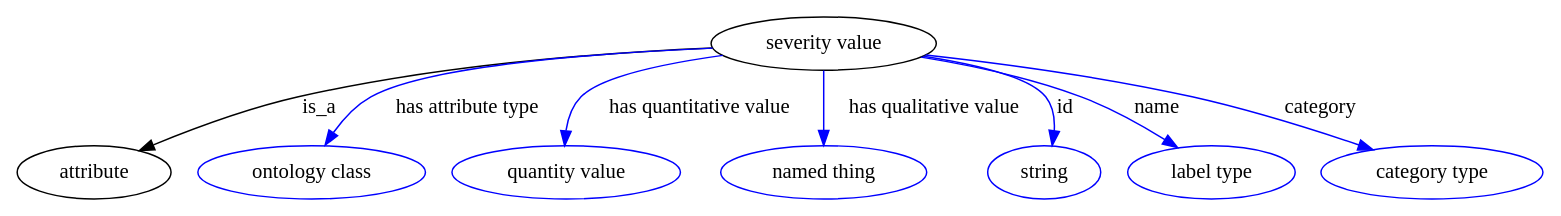
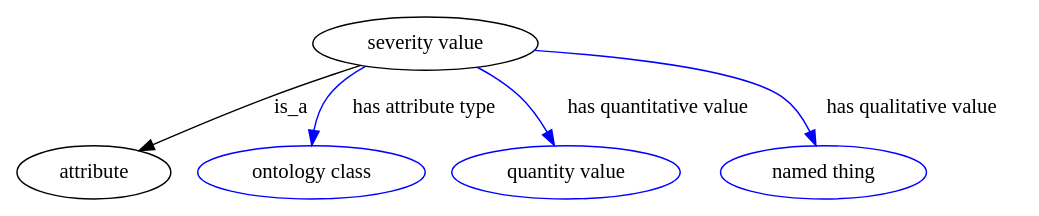
One commit to biolink/biolink-model changed the diagram in graphviz/severity_value.gv. Above: the diagram before and after it, drawn with Graphviz. The commit also changed 134 other files, not shown here.

```diff
--- a/graphviz/severity_value.gv
+++ b/graphviz/severity_value.gv
@@ -1,74 +1,44 @@
 digraph {
-	graph [bb="0,0,832.79,123"];
+	graph [bb="0,0,533.3,123"];
 	node [label="\N"];
 	"severity value"	 [height=0.5,
 		label="severity value",
-		pos="439.3,105",
+		pos="226.3,105",
 		width=1.661];
 	attribute	 [height=0.5,
 		pos="40.296,18",
 		width=1.1193];
 	"severity value" -> attribute	 [label=is_a,
-		lp="174.3,61.5",
-		pos="e,67.415,31.686 380.27,101.81 323.79,97.703 236.59,88.605 163.3,69 133.13,60.931 100.56,47.179 76.513,35.988"];
+		lp="158.3,61.5",
+		pos="e,67.947,31.34 192.8,89.887 178.72,83.498 162.19,75.941 147.3,69 123.84,58.068 97.615,45.571 76.996,35.684"];
 	"has attribute type"	 [color=blue,
 		height=0.5,
 		label="ontology class",
 		pos="160.3,18",
 		width=1.7151];
 	"severity value" -> "has attribute type"	 [color=blue,
 		label="has attribute type",
-		lp="256.3,61.5",
-		pos="e,172.74,36.026 381.59,100.2 323.5,94.621 238.46,84.197 209.3,69 197.73,62.972 187.32,53.162 179.1,43.749",
+		lp="228.3,61.5",
+		pos="e,165.28,36.145 200.88,88.308 193.86,82.793 186.7,76.204 181.3,69 176.07,62.028 171.9,53.569 168.71,45.56",
 		style=solid];
 	"has quantitative value"	 [color=blue,
 		height=0.5,
 		label="quantity value",
 		pos="301.3,18",
 		width=1.6971];
 	"severity value" -> "has quantitative value"	 [color=blue,
 		label="has quantitative value",
-		lp="375.8,61.5",
-		pos="e,302.38,36.246 388.65,95.295 359.56,88.764 326.77,79.456 316.3,69 310.17,62.88 306.52,54.393 304.35,46.098",
+		lp="344.8,61.5",
+		pos="e,294.47,36.229 253.12,88.718 260.91,83.132 269.01,76.401 275.3,69 281.22,62.032 286.24,53.486 290.25,45.395",
 		style=solid];
 	"has qualitative value"	 [color=blue,
 		height=0.5,
 		label="named thing",
 		pos="439.3,18",
 		width=1.5346];
 	"severity value" -> "has qualitative value"	 [color=blue,
 		label="has qualitative value",
-		lp="495.3,61.5",
-		pos="e,439.3,36.003 439.3,86.974 439.3,75.192 439.3,59.561 439.3,46.158",
-		style=solid];
-	id	 [color=blue,
-		height=0.5,
-		label=string,
-		pos="558.3,18",
-		width=0.84854];
-	"severity value" -> id	 [color=blue,
-		label=id,
-		lp="564.8,61.5",
-		pos="e,560.73,36.405 488.89,94.775 515.22,88.306 543.85,79.245 552.3,69 557.42,62.784 559.68,54.599 560.45,46.611",
-		style=solid];
-	name	 [color=blue,
-		height=0.5,
-		label="label type",
-		pos="652.3,18",
-		width=1.2638];
-	"severity value" -> name	 [color=blue,
-		label=name,
-		lp="617.8,61.5",
-		pos="e,631.51,34.237 490.29,95.433 516.13,89.588 547.61,80.914 574.3,69 591.43,61.354 609.04,50.173 623.18,40.228",
-		style=solid];
-	category	 [color=blue,
-		height=0.5,
-		label="category type",
-		pos="774.3,18",
-		width=1.6249];
-	"severity value" -> category	 [color=blue,
-		label=category,
-		lp="706.8,61.5",
-		pos="e,739.94,32.72 494.08,97.697 534.16,91.714 589.62,82.097 637.3,69 669.12,60.258 703.96,47.239 730.54,36.543",
+		lp="477.3,61.5",
+		pos="e,432.75,36.04 282.97,98.83 328.62,92.952 388.36,82.93 408.3,69 416.81,63.053 423.4,53.949 428.28,45.07",
 		style=solid];
 }
```
